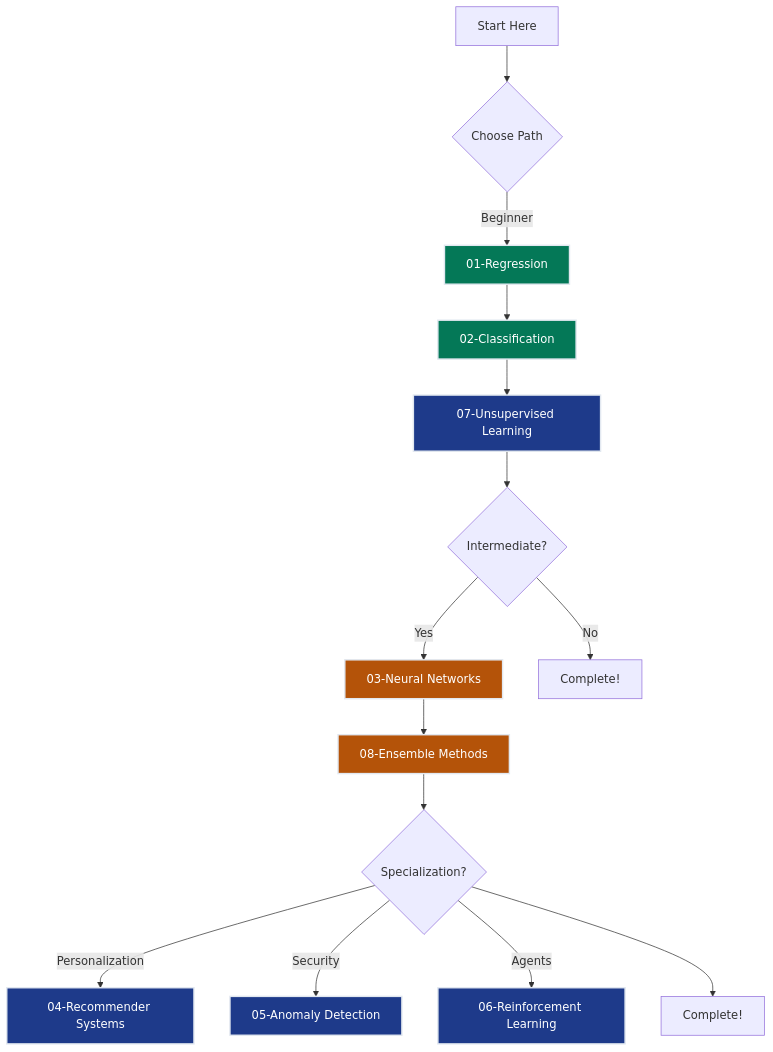
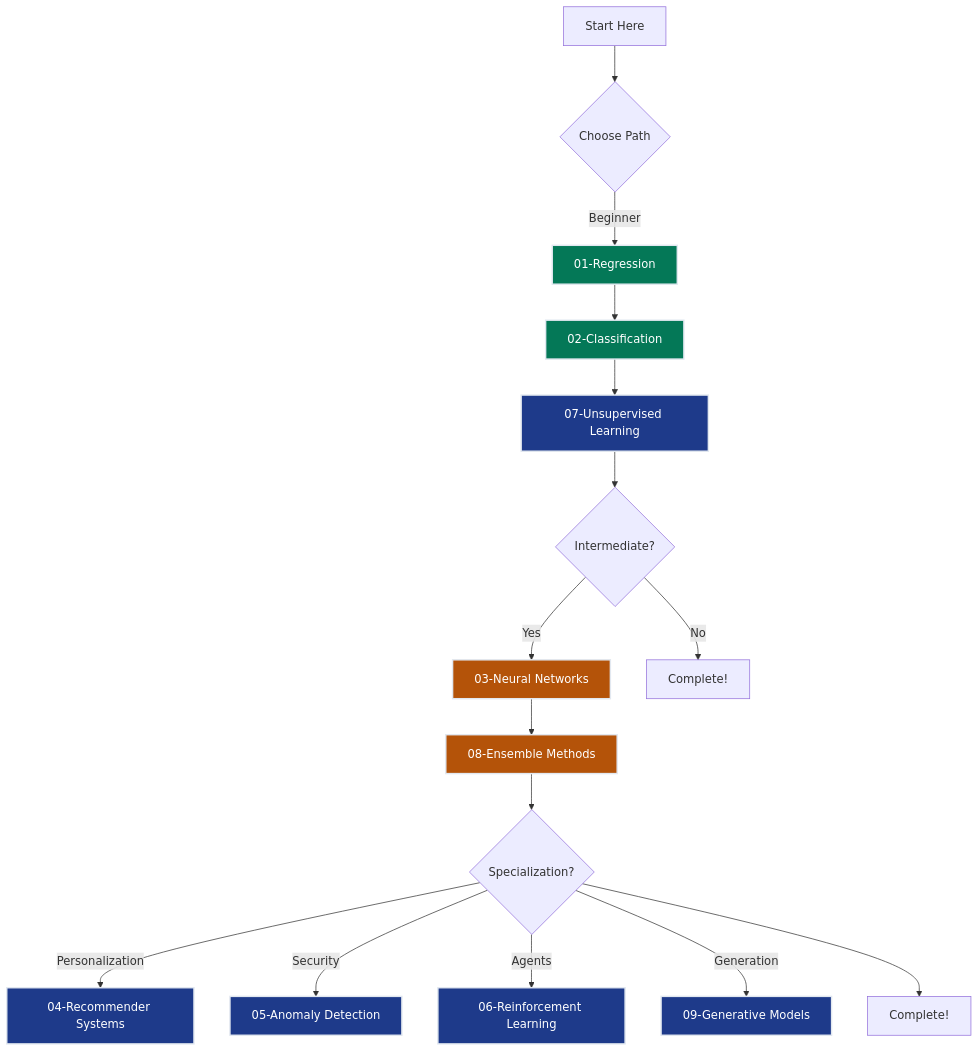
One commit to dsgouda7/ai-portfolio changed the first of 2 diagrams in notes/01-ml/README.md. Above: the diagram before and after it, drawn with Mermaid. The commit also changed other lines of this file and 720 other files, not shown here.

````diff
--- a/notes/01-ml/README.md
+++ b/notes/01-ml/README.md
@@ -93,28 +102,30 @@
 ```mermaid
 graph TD
  Start[Start Here] --> Beginner{Choose Path}
  Beginner -->|Beginner| Reg[01-Regression]
  Reg --> Class[02-Classification]
  Class --> Unsup[07-Unsupervised Learning]
 
  Unsup --> Int{Intermediate?}
  Int -->|Yes| NN[03-Neural Networks]
  NN --> Ens[08-Ensemble Methods]
 
  Ens --> Spec{Specialization?}
  Spec -->|Personalization| Rec[04-Recommender Systems]
  Spec -->|Security| Anom[05-Anomaly Detection]
  Spec -->|Agents| RL[06-Reinforcement Learning]
+ Spec -->|Generation| Gen[09-Generative Models]
 
  Int -->|No| Done1[Complete!]
  Spec --> Done2[Complete!]
 
  style Reg fill:#047857,stroke:#e2e8f0,stroke-width:2px,color:#ffffff
  style Class fill:#047857,stroke:#e2e8f0,stroke-width:2px,color:#ffffff
  style NN fill:#b45309,stroke:#e2e8f0,stroke-width:2px,color:#ffffff
  style Ens fill:#b45309,stroke:#e2e8f0,stroke-width:2px,color:#ffffff
  style Rec fill:#1e3a8a,stroke:#e2e8f0,stroke-width:2px,color:#ffffff
  style Anom fill:#1e3a8a,stroke:#e2e8f0,stroke-width:2px,color:#ffffff
  style RL fill:#1e3a8a,stroke:#e2e8f0,stroke-width:2px,color:#ffffff
+ style Gen fill:#1e3a8a,stroke:#e2e8f0,stroke-width:2px,color:#ffffff
  style Unsup fill:#1e3a8a,stroke:#e2e8f0,stroke-width:2px,color:#ffffff
 ```
````
